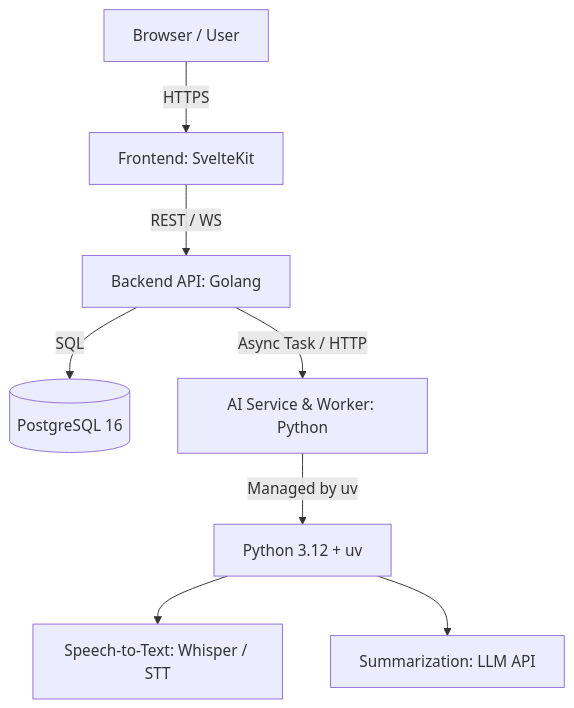
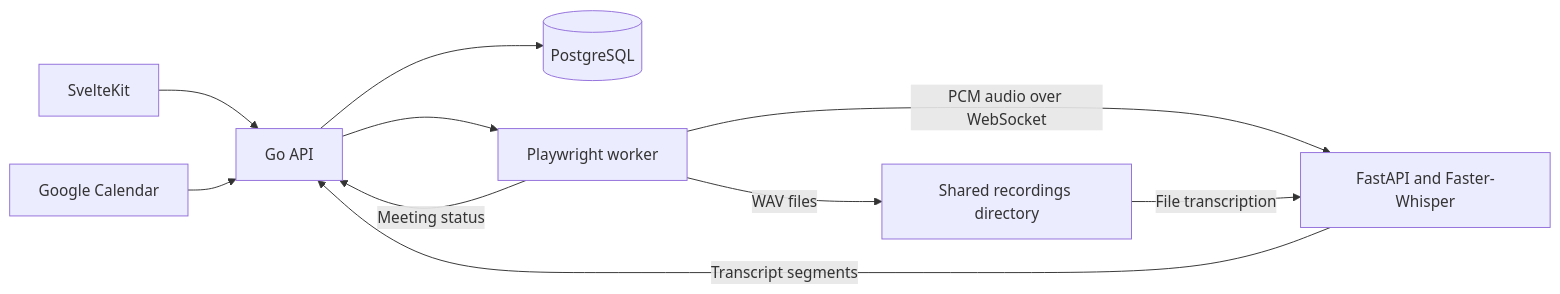
Before and after one commit to utkarshraj-gif/Spectra: the diagram in docs/ARCHITECTURE.md, drawn with Mermaid. The commit also changed other lines of this file and 48 other files, not shown here.

````diff
--- a/docs/ARCHITECTURE.md
+++ b/docs/ARCHITECTURE.md
@@ -6,10 +7,12 @@
 ```mermaid
-flowchart TD
-    Client[Browser / User] -->|HTTPS| Frontend[Frontend: SvelteKit]
-    Frontend -->|REST / WS| Backend[Backend API: Golang]
-    Backend -->|SQL| DB[(PostgreSQL 16)]
-    Backend -->|Async Task / HTTP| AIService[AI Service & Worker: Python]
-    AIService -->|Managed by uv| PyRuntime[Python 3.12 + uv]
-    PyRuntime --> Whisper[Speech-to-Text: Whisper / STT]
-    PyRuntime --> LLM[Summarization: LLM API]
+flowchart LR
+    Web[SvelteKit] --> API[Go API]
+    Calendar[Google Calendar] --> API
+    API --> DB[(PostgreSQL)]
+    API --> Worker[Playwright worker]
+    Worker -->|PCM audio over WebSocket| AI[FastAPI and Faster-Whisper]
+    Worker -->|WAV files| Recordings[Shared recordings directory]
+    Worker -->|Meeting status| API
+    AI -->|Transcript segments| API
+    Recordings -->|File transcription| AI
 ```
````
